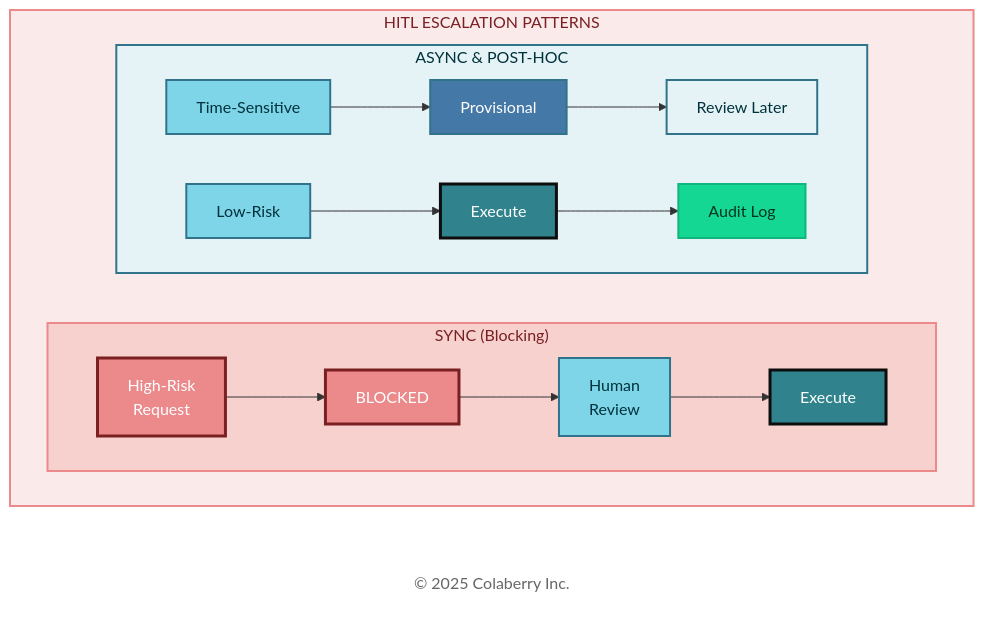
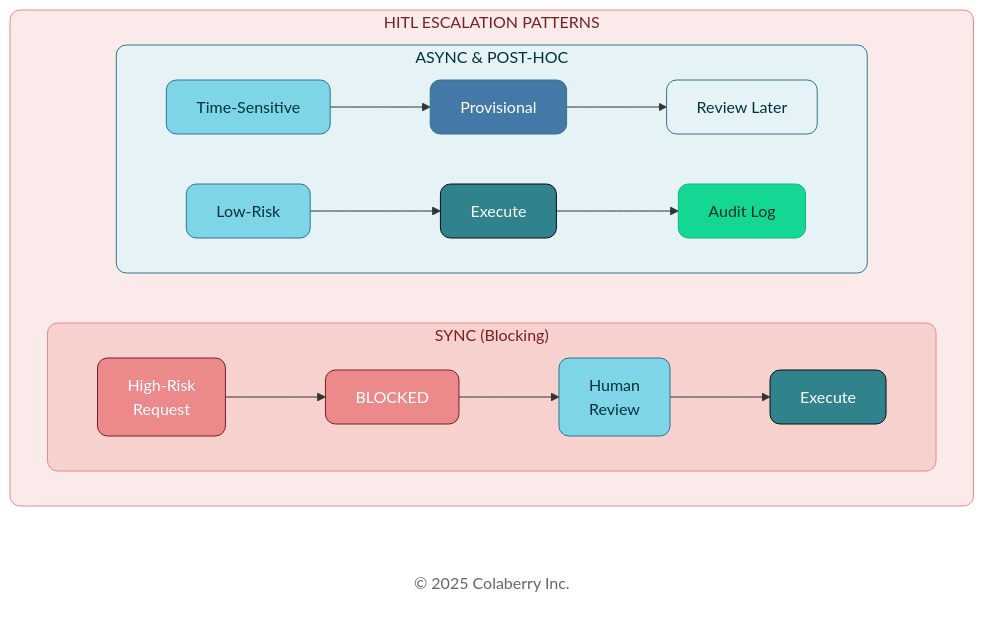
One commit to colaberry/trust-before-intelligence-book changed the sixth of 14 diagrams in manuscript/07_chapter_6_transparency_orchestration_layers.md. Above: the diagram before and after it, drawn with Mermaid. The commit also changed other lines of this file and 12 other files, not shown here.

````diff
--- a/manuscript/07_chapter_6_transparency_orchestration_layers.md
+++ b/manuscript/07_chapter_6_transparency_orchestration_layers.md
@@ -495,35 +495,35 @@
 ```mermaid
 
 graph LR
     subgraph HITL["HITL ESCALATION PATTERNS"]
         direction LR
         subgraph SYNC["SYNC (Blocking)"]
             direction LR
             S1["High-Risk<br/>Request"] --> S2["BLOCKED"] --> S3["Human<br/>Review"] --> S4["Execute"]
         end
         
         subgraph ASYNC["ASYNC & POST-HOC"]
             direction LR
             A1["Time-Sensitive"] --> A2["Provisional"] --> A3["Review Later"]
             P1["Low-Risk"] --> P2["Execute"] --> P3["Audit Log"]
         end
     end
     
     Copyright["© 2025 Colaberry Inc."]
     
-    style HITL fill:#FBEAEA,stroke:#EB898B,stroke-width:2px,color:#7A1F22
-    style SYNC fill:#F6D1CE,stroke:#EB898B,stroke-width:2px,color:#7A1F22
-    style ASYNC fill:#E6F3F6,stroke:#32738C,stroke-width:2px,color:#00323D
-    style S1 fill:#EB898B,color:#ffffff,stroke:#7A1F22,stroke-width:3px
-    style S2 fill:#EB898B,color:#ffffff,stroke:#7A1F22,stroke-width:3px
-    style S3 fill:#7FD5E8,stroke:#32738C,stroke-width:2px,color:#00323D
-    style S4 fill:#30838C,color:#ffffff,stroke:#0D0D0D,stroke-width:3px
-    style A1 fill:#7FD5E8,stroke:#32738C,stroke-width:2px,color:#00323D
-    style A2 fill:#4478A6,stroke:#32738C,stroke-width:2px,color:#ffffff
-    style A3 fill:#E6F3F6,stroke:#32738C,stroke-width:2px,color:#00323D
-    style P1 fill:#7FD5E8,stroke:#32738C,stroke-width:2px,color:#00323D
-    style P2 fill:#30838C,color:#ffffff,stroke:#0D0D0D,stroke-width:3px
-    style P3 fill:#14D793,color:#003322,stroke:#0FB67D,stroke-width:2px
-    style Copyright fill:#ffffff,stroke:none,color:#666666
+    style HITL fill:#FBEAEA,stroke:#EB898B,stroke-width:1px,color:#7A1F22,rx:10,ry:10
+    style SYNC fill:#F6D1CE,stroke:#EB898B,stroke-width:1px,color:#7A1F22,rx:10,ry:10
+    style ASYNC fill:#E6F3F6,stroke:#32738C,stroke-width:1px,color:#00323D,rx:10,ry:10
+    style S1 fill:#EB898B,color:#ffffff,stroke:#7A1F22,stroke-width:1px,rx:10,ry:10
+    style S2 fill:#EB898B,color:#ffffff,stroke:#7A1F22,stroke-width:1px,rx:10,ry:10
+    style S3 fill:#7FD5E8,stroke:#32738C,stroke-width:1px,color:#00323D,rx:10,ry:10
+    style S4 fill:#30838C,color:#ffffff,stroke:#0D0D0D,stroke-width:1px,rx:10,ry:10
+    style A1 fill:#7FD5E8,stroke:#32738C,stroke-width:1px,color:#00323D,rx:10,ry:10
+    style A2 fill:#4478A6,stroke:#32738C,stroke-width:1px,color:#ffffff,rx:10,ry:10
+    style A3 fill:#E6F3F6,stroke:#32738C,stroke-width:1px,color:#00323D,rx:10,ry:10
+    style P1 fill:#7FD5E8,stroke:#32738C,stroke-width:1px,color:#00323D,rx:10,ry:10
+    style P2 fill:#30838C,color:#ffffff,stroke:#0D0D0D,stroke-width:1px,rx:10,ry:10
+    style P3 fill:#14D793,color:#003322,stroke:#0FB67D,stroke-width:1px,rx:10,ry:10
+    style Copyright fill:none,stroke:none,color:#666666
 
 ```
````
